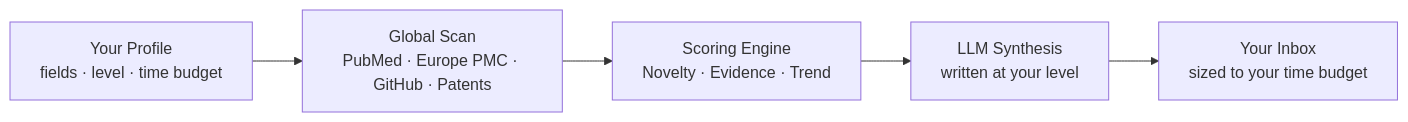
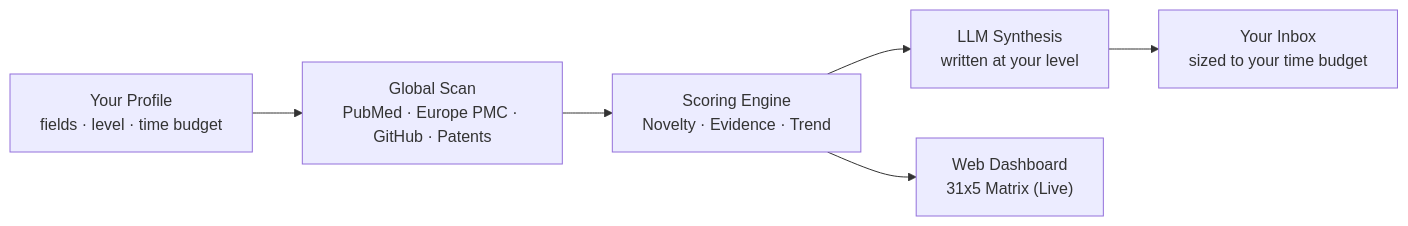
Before and after one commit to Noetica-Intelligence/Noetica: the diagram in README.md, drawn with Mermaid. The commit also changed other lines of this file and 1 other file, not shown here.

Commit message:
docs: update README to feature V2 Web Dashboard and GitHub Pages deployment

````diff
--- a/README.md
+++ b/README.md
@@ -37,7 +37,8 @@
 ```mermaid
 flowchart LR
     A["Your Profile<br/>fields · level · time budget"] --> B["Global Scan<br/>PubMed · Europe PMC · GitHub · Patents"]
     B --> C["Scoring Engine<br/>Novelty · Evidence · Trend"]
     C --> D["LLM Synthesis<br/>written at your level"]
     D --> E["Your Inbox<br/>sized to your time budget"]
+    C --> F["Web Dashboard<br/>31x5 Matrix (Live)"]
 ```
````
